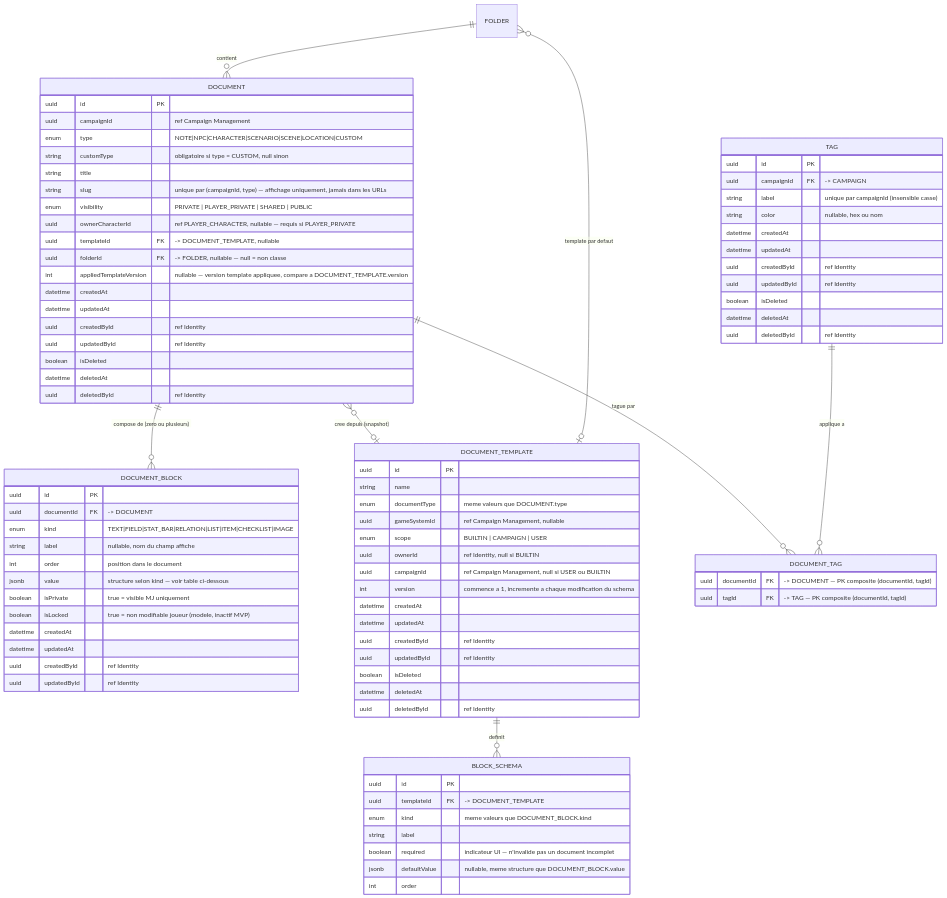
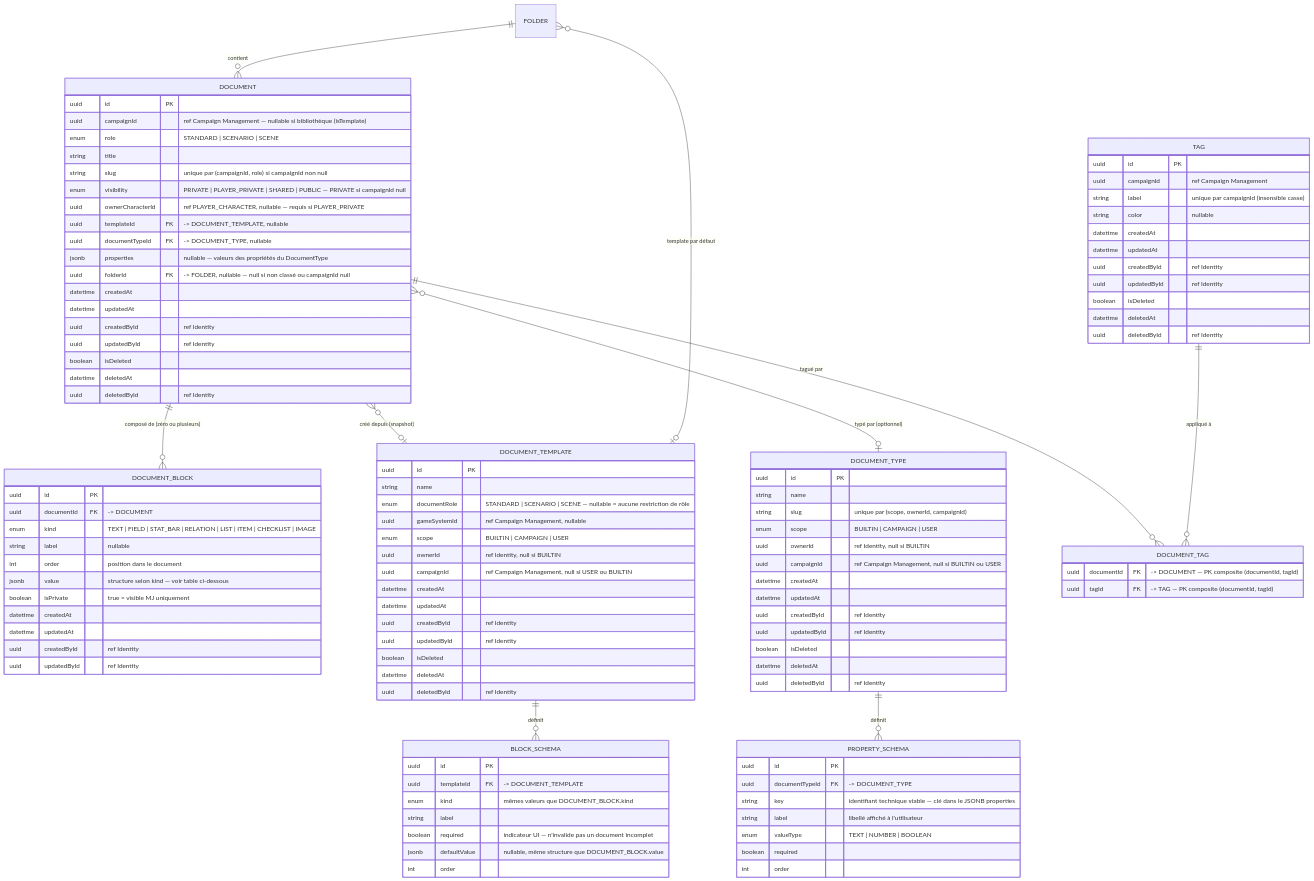
Before and after one commit to 2025-10-CDA-ECO-P6/PM-micro-saas: the first of 3 diagrams in docs/conception/data/content-library.md, drawn with Mermaid. The commit also changed other lines of this file and 102 other files, not shown here.

Commit message:
docs: update data and class diagrams to align with domain refactoring

````diff
--- a/docs/conception/data/content-library.md
+++ b/docs/conception/data/content-library.md
@@ -10,16 +20,16 @@
 erDiagram
     DOCUMENT {
         uuid id PK
-        uuid campaignId "ref Campaign Management"
-        enum type "NOTE|NPC|CHARACTER|SCENARIO|SCENE|LOCATION|CUSTOM"
-        string customType "obligatoire si type = CUSTOM, null sinon"
+        uuid campaignId "ref Campaign Management — nullable si bibliothèque (isTemplate)"
+        enum role "STANDARD | SCENARIO | SCENE"
         string title
-        string slug "unique par (campaignId, type) — affichage uniquement, jamais dans les URLs"
-        enum visibility "PRIVATE | PLAYER_PRIVATE | SHARED | PUBLIC"
+        string slug "unique par (campaignId, role) si campaignId non null"
+        enum visibility "PRIVATE | PLAYER_PRIVATE | SHARED | PUBLIC — PRIVATE si campaignId null"
         uuid ownerCharacterId "ref PLAYER_CHARACTER, nullable — requis si PLAYER_PRIVATE"
         uuid templateId FK "-> DOCUMENT_TEMPLATE, nullable"
-        uuid folderId FK "-> FOLDER, nullable — null = non classe"
-        int appliedTemplateVersion "nullable — version template appliquee, compare a DOCUMENT_TEMPLATE.version"
+        uuid documentTypeId FK "-> DOCUMENT_TYPE, nullable"
+        jsonb properties "nullable — valeurs des propriétés du DocumentType"
+        uuid folderId FK "-> FOLDER, nullable — null si non classé ou campaignId null"
         datetime createdAt
         datetime updatedAt
         uuid createdById "ref Identity"
@@ -31,12 +41,11 @@
     DOCUMENT_BLOCK {
         uuid id PK
         uuid documentId FK "-> DOCUMENT"
-        enum kind "TEXT|FIELD|STAT_BAR|RELATION|LIST|ITEM|CHECKLIST|IMAGE"
-        string label "nullable, nom du champ affiche"
+        enum kind "TEXT | FIELD | STAT_BAR | RELATION | LIST | ITEM | CHECKLIST | IMAGE"
+        string label "nullable"
         int order "position dans le document"
         jsonb value "structure selon kind — voir table ci-dessous"
         boolean isPrivate "true = visible MJ uniquement"
-        boolean isLocked "true = non modifiable joueur (modele, inactif MVP)"
         datetime createdAt
         datetime updatedAt
         uuid createdById "ref Identity"
@@ -45,12 +54,11 @@
     DOCUMENT_TEMPLATE {
         uuid id PK
         string name
-        enum documentType "meme valeurs que DOCUMENT.type"
+        enum documentRole "STANDARD | SCENARIO | SCENE — nullable = aucune restriction de rôle"
         uuid gameSystemId "ref Campaign Management, nullable"
         enum scope "BUILTIN | CAMPAIGN | USER"
         uuid ownerId "ref Identity, null si BUILTIN"
         uuid campaignId "ref Campaign Management, null si USER ou BUILTIN"
-        int version "commence a 1, incremente a chaque modification du schema"
         datetime createdAt
         datetime updatedAt
         uuid createdById "ref Identity"
@@ -62,17 +70,41 @@
     BLOCK_SCHEMA {
         uuid id PK
         uuid templateId FK "-> DOCUMENT_TEMPLATE"
-        enum kind "meme valeurs que DOCUMENT_BLOCK.kind"
+        enum kind "mêmes valeurs que DOCUMENT_BLOCK.kind"
         string label
         boolean required "indicateur UI — n'invalide pas un document incomplet"
-        jsonb defaultValue "nullable, meme structure que DOCUMENT_BLOCK.value"
+        jsonb defaultValue "nullable, même structure que DOCUMENT_BLOCK.value"
+        int order
+    }
+    DOCUMENT_TYPE {
+        uuid id PK
+        string name
+        string slug "unique par (scope, ownerId, campaignId)"
+        enum scope "BUILTIN | CAMPAIGN | USER"
+        uuid ownerId "ref Identity, null si BUILTIN"
+        uuid campaignId "ref Campaign Management, null si BUILTIN ou USER"
+        datetime createdAt
+        datetime updatedAt
+        uuid createdById "ref Identity"
+        uuid updatedById "ref Identity"
+        boolean isDeleted
+        datetime deletedAt
+        uuid deletedById "ref Identity"
+    }
+    PROPERTY_SCHEMA {
+        uuid id PK
+        uuid documentTypeId FK "-> DOCUMENT_TYPE"
+        string key "identifiant technique stable — clé dans le JSONB properties"
+        string label "libellé affiché à l'utilisateur"
+        enum valueType "TEXT | NUMBER | BOOLEAN"
+        boolean required
         int order
     }
     TAG {
         uuid id PK
-        uuid campaignId FK "-> CAMPAIGN"
+        uuid campaignId "ref Campaign Management"
         string label "unique par campaignId (insensible casse)"
-        string color "nullable, hex ou nom"
+        string color "nullable"
         datetime createdAt
         datetime updatedAt
         uuid createdById "ref Identity"
@@ -85,11 +117,13 @@
         uuid documentId FK "-> DOCUMENT — PK composite (documentId, tagId)"
         uuid tagId FK "-> TAG — PK composite (documentId, tagId)"
     }
-    DOCUMENT ||--o{ DOCUMENT_BLOCK : "compose de (zero ou plusieurs)"
-    DOCUMENT ||--o{ DOCUMENT_TAG : "tague par"
-    TAG ||--o{ DOCUMENT_TAG : "applique a"
-    DOCUMENT }o--o| DOCUMENT_TEMPLATE : "cree depuis (snapshot)"
-    DOCUMENT_TEMPLATE ||--o{ BLOCK_SCHEMA : "definit"
+    DOCUMENT ||--o{ DOCUMENT_BLOCK : "composé de (zéro ou plusieurs)"
+    DOCUMENT ||--o{ DOCUMENT_TAG : "tagué par"
+    TAG ||--o{ DOCUMENT_TAG : "appliqué à"
+    DOCUMENT }o--o| DOCUMENT_TEMPLATE : "créé depuis (snapshot)"
+    DOCUMENT_TEMPLATE ||--o{ BLOCK_SCHEMA : "définit"
+    DOCUMENT }o--o| DOCUMENT_TYPE : "typé par (optionnel)"
+    DOCUMENT_TYPE ||--o{ PROPERTY_SCHEMA : "définit"
     FOLDER ||--o{ DOCUMENT : "contient"
-    FOLDER }o--o| DOCUMENT_TEMPLATE : "template par defaut"
+    FOLDER }o--o| DOCUMENT_TEMPLATE : "template par défaut"
 ```
````
